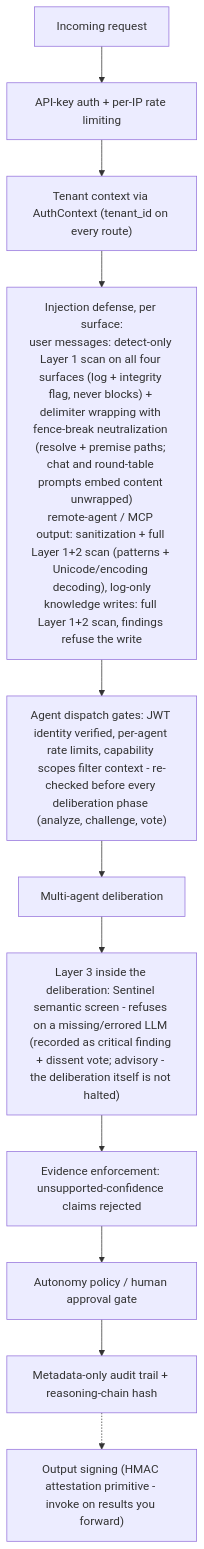
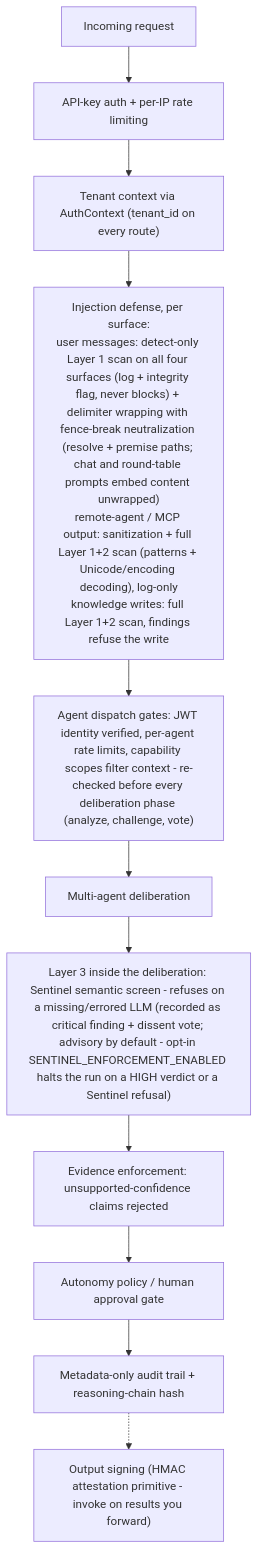
One commit to KangaKode/aiscaffold changed the first of 3 diagrams in docs/SECURITY_MODEL.md. Above: the diagram before and after it, drawn with Mermaid. The commit also changed other lines of this file and 17 other files, not shown here.

First line of the commit message:
feat: opt-in Sentinel refusal enforcement (default off) (#92)

````diff
--- a/docs/SECURITY_MODEL.md
+++ b/docs/SECURITY_MODEL.md
@@ -13,13 +13,13 @@
 ```mermaid
 flowchart TD
     Req[Incoming request] --> Auth["API-key auth + per-IP rate limiting"]
     Auth --> Tenant["Tenant context via AuthContext (tenant_id on every route)"]
     Tenant --> Inj["Injection defense, per surface:<br/>user messages: detect-only Layer 1 scan on all four surfaces (log + integrity flag, never blocks) + delimiter wrapping with fence-break neutralization (resolve + premise paths; chat and round-table prompts embed content unwrapped)<br/>remote-agent / MCP output: sanitization + full Layer 1+2 scan (patterns + Unicode/encoding decoding), log-only<br/>knowledge writes: full Layer 1+2 scan, findings refuse the write"]
     Inj --> Dispatch["Agent dispatch gates: JWT identity verified, per-agent rate limits, capability scopes filter context - re-checked before every deliberation phase (analyze, challenge, vote)"]
     Dispatch --> Delib["Multi-agent deliberation"]
-    Delib --> L3["Layer 3 inside the deliberation: Sentinel semantic screen - refuses on a missing/errored LLM (recorded as critical finding + dissent vote; advisory - the deliberation itself is not halted)"]
+    Delib --> L3["Layer 3 inside the deliberation: Sentinel semantic screen - refuses on a missing/errored LLM (recorded as critical finding + dissent vote; advisory by default - opt-in SENTINEL_ENFORCEMENT_ENABLED halts the run on a HIGH verdict or a Sentinel refusal)"]
     L3 --> Enforce["Evidence enforcement: unsupported-confidence claims rejected"]
     Enforce --> Gate["Autonomy policy / human approval gate"]
     Gate --> Audit["Metadata-only audit trail + reasoning-chain hash"]
     Audit -.-> Sign["Output signing (HMAC attestation primitive - invoke on results you forward)"]
 ```
````
